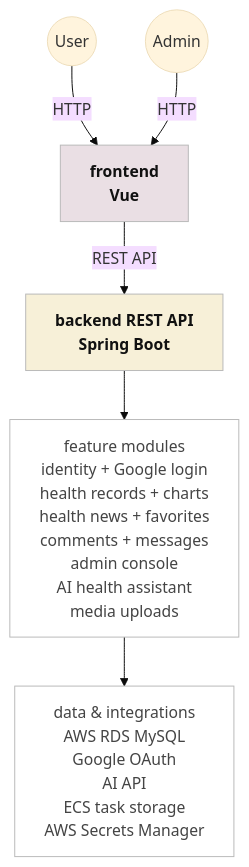
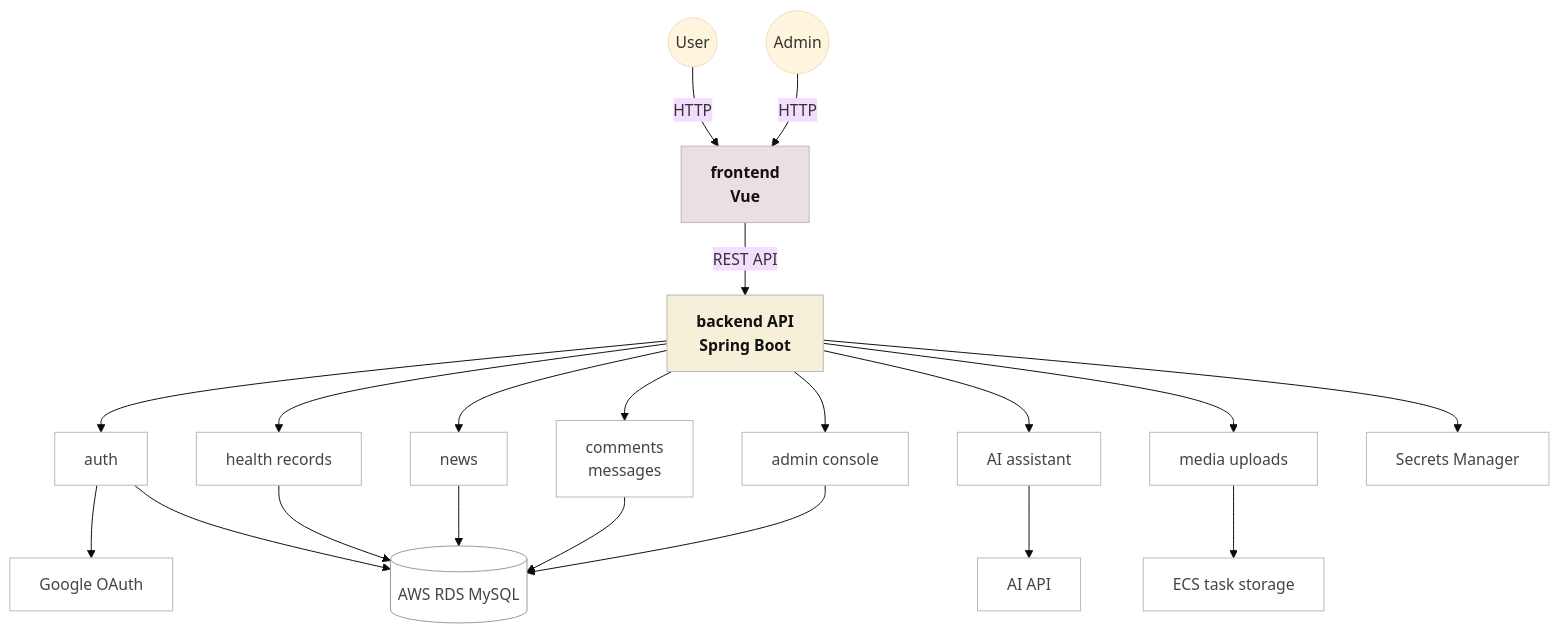
One commit to Ruoxi-0812/HealthPals changed the diagram in README.md. Above: the diagram before and after it, drawn with Mermaid (base theme).

Commit message:
Redesign README architecture diagram

````diff
--- a/README.md
+++ b/README.md
@@ -13,22 +13,50 @@
 ```mermaid
 flowchart TB
   User((User))
   Admin((Admin))
   Frontend["frontend\nVue"]
-  Backend["backend REST API\nSpring Boot"]
-  Features["feature modules\nidentity + Google login\nhealth records + charts\nhealth news + favorites\ncomments + messages\nadmin console\nAI health assistant\nmedia uploads"]
-  Services["data & integrations\nAWS RDS MySQL\nGoogle OAuth\nAI API\nECS task storage\nAWS Secrets Manager"]
+  API["backend API\nSpring Boot"]
+  Auth["auth"]
+  Health["health records"]
+  News["news"]
+  Community["comments\nmessages"]
+  AdminConsole["admin console"]
+  Assistant["AI assistant"]
+  Uploads["media uploads"]
+  DB[("AWS RDS MySQL")]
+  OAuth["Google OAuth"]
+  AI["AI API"]
+  Storage["ECS task storage"]
+  Secrets["Secrets Manager"]
 
   User -->|HTTP| Frontend
   Admin -->|HTTP| Frontend
-  Frontend -->|REST API| Backend
-  Backend --> Features
-  Features --> Services
+  Frontend -->|REST API| API
+
+  API --> Auth
+  API --> Health
+  API --> News
+  API --> Community
+  API --> AdminConsole
+  API --> Assistant
+  API --> Uploads
+
+  Auth --> OAuth
+  Auth --> DB
+  Health --> DB
+  News --> DB
+  Community --> DB
+  AdminConsole --> DB
+  Assistant --> AI
+  Uploads --> Storage
+  API --> Secrets
 
   classDef frontend fill:#eadfe4,stroke:#b9b9b9,color:#111,font-weight:bold;
   classDef backend fill:#f7f0d8,stroke:#b9b9b9,color:#111,font-weight:bold;
   classDef service fill:#ffffff,stroke:#b9b9b9,color:#444;
+  classDef datastore fill:#ffffff,stroke:#999,color:#444;
   class Frontend frontend;
-  class Backend backend;
-  class Features,Services service;
+  class API backend;
+  class Auth,Health,News,Community,AdminConsole,Assistant,Uploads,OAuth,AI,Storage,Secrets service;
+  class DB datastore;
 ```
````
